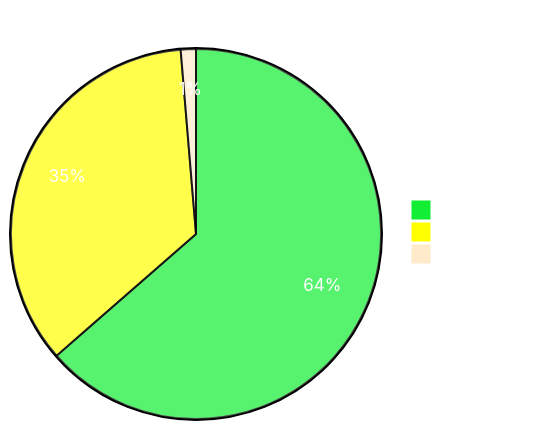
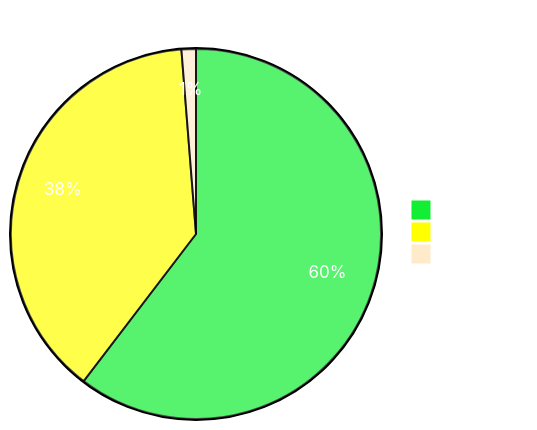
One commit to sumanthtatipamula/Programming changed the diagram in Readme.md. Above: the diagram before and after it, drawn with Mermaid. The commit also changed 10 other files, not shown here.

````diff
--- a/Readme.md
+++ b/Readme.md
@@ -23,20 +23,20 @@
 ```mermaid
 %%{
   init:
   {
     'theme': 'base',
     'themeVariables':
       {
         'primaryTextColor': '#fff',
         'pie1': '#1E3',
         'pie2': '#FFFF00',
         'pie3': '#ffebca'
       }
   }
 }%%
 pie showData
     title Problems Solved Per Tag
     "Tree" : 96
-    "Graphs": 53
+    "Graphs": 61
     "Arrays": 2
 ```
````
